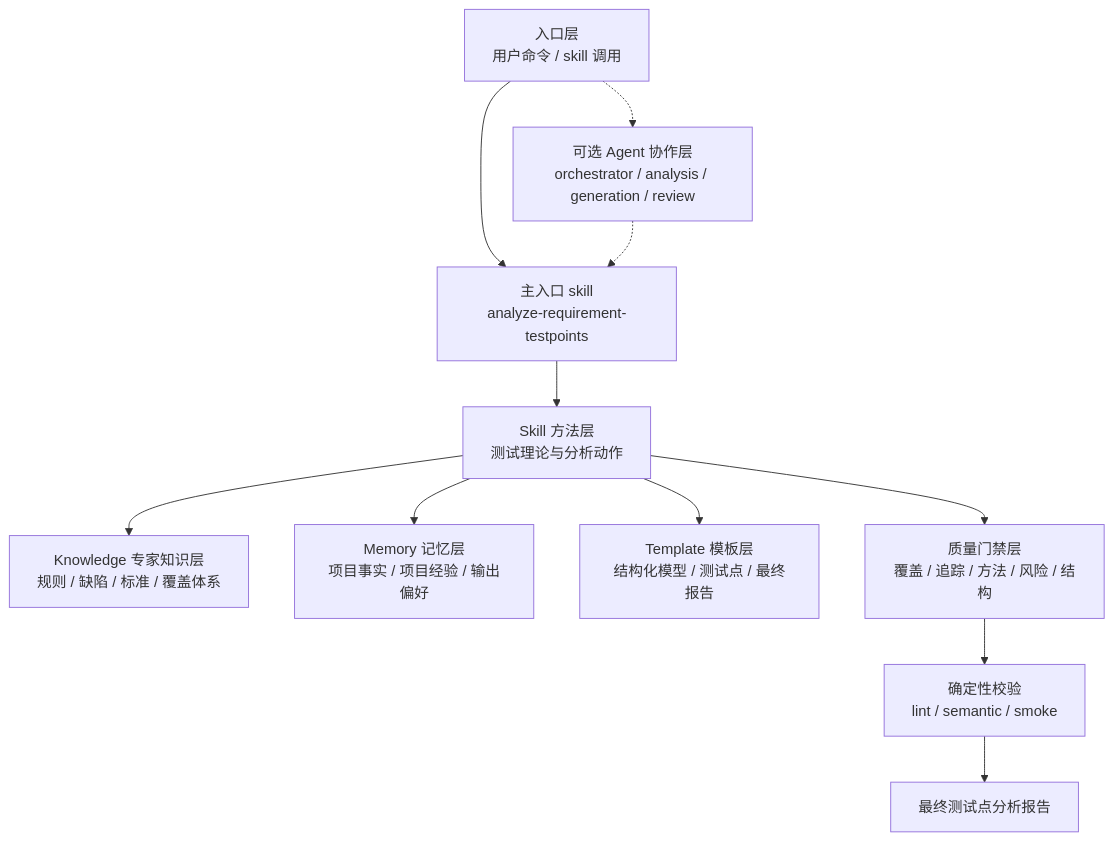
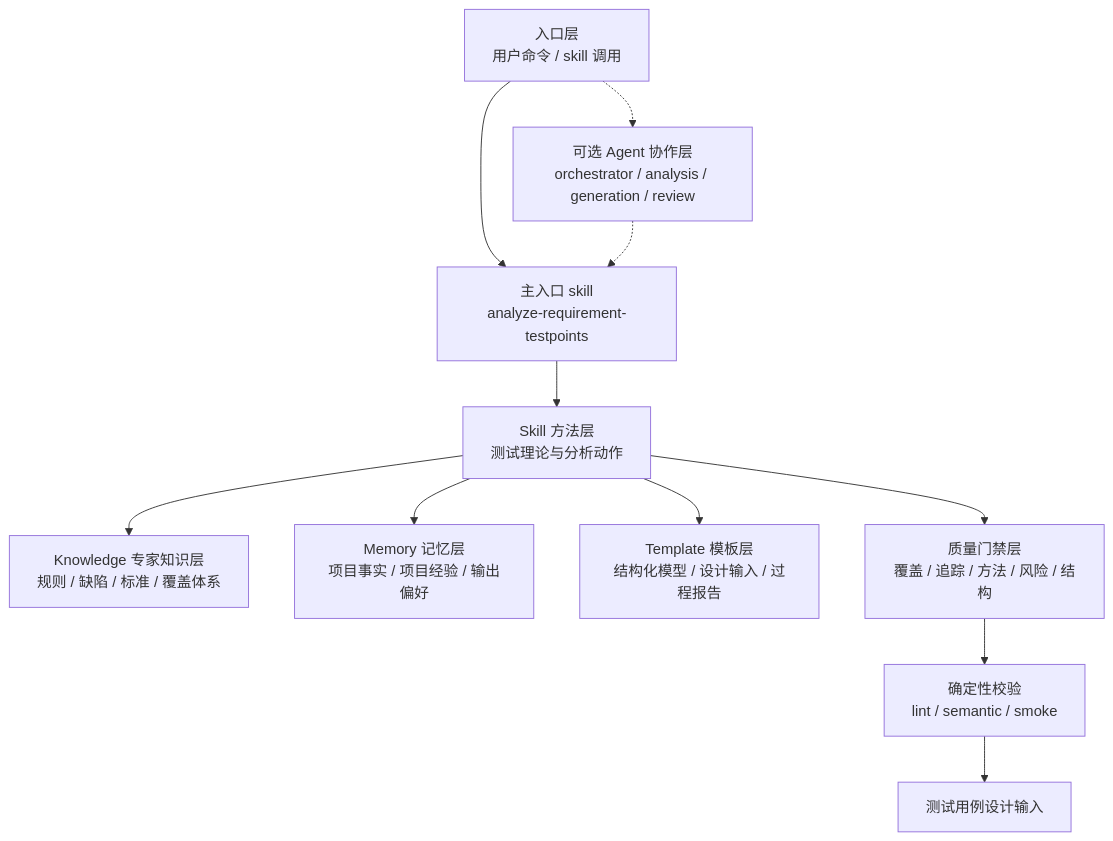
One commit to szluoqy-byte/Test-Analysis-Agent changed the second of 8 diagrams in docs/test-analysis-agent-design.md. Above: the diagram before and after it, drawn with Mermaid. The commit also changed other lines of this file and 26 other files, not shown here.

````diff
--- a/docs/test-analysis-agent-design.md
+++ b/docs/test-analysis-agent-design.md
@@ -138,13 +140,13 @@
 ```mermaid
 flowchart TB
   Entry["入口层\n用户命令 / skill 调用"] --> MainSkill["主入口 skill\nanalyze-requirement-testpoints"]
   Entry -.-> AgentLayer["可选 Agent 协作层\norchestrator / analysis / generation / review"]
   AgentLayer -.-> MainSkill
   MainSkill --> SkillLayer["Skill 方法层\n测试理论与分析动作"]
   SkillLayer --> KnowledgeLayer["Knowledge 专家知识层\n规则 / 缺陷 / 标准 / 覆盖体系"]
   SkillLayer --> MemoryLayer["Memory 记忆层\n项目事实 / 项目经验 / 输出偏好"]
-  SkillLayer --> TemplateLayer["Template 模板层\n结构化模型 / 测试点 / 最终报告"]
+  SkillLayer --> TemplateLayer["Template 模板层\n结构化模型 / 设计输入 / 过程报告"]
   SkillLayer --> QualityLayer["质量门禁层\n覆盖 / 追踪 / 方法 / 风险 / 结构"]
   QualityLayer --> ScriptLayer["确定性校验\nlint / semantic / smoke"]
-  ScriptLayer --> Output["最终测试点分析报告"]
+  ScriptLayer --> Output["测试用例设计输入"]
 ```
````
